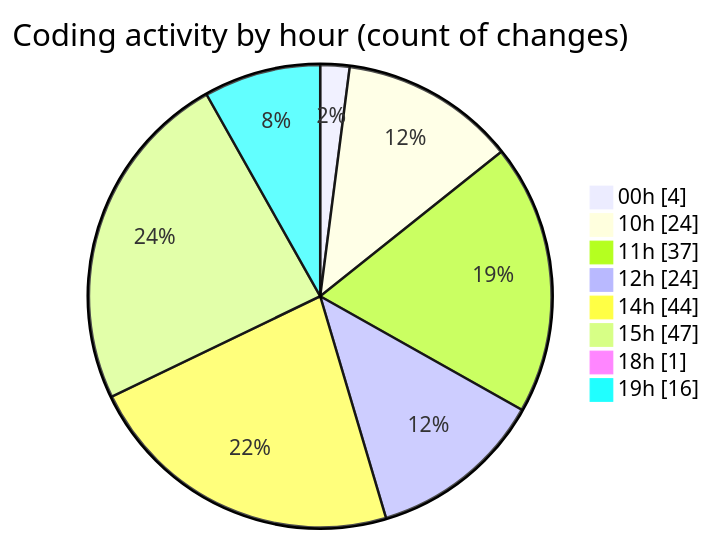
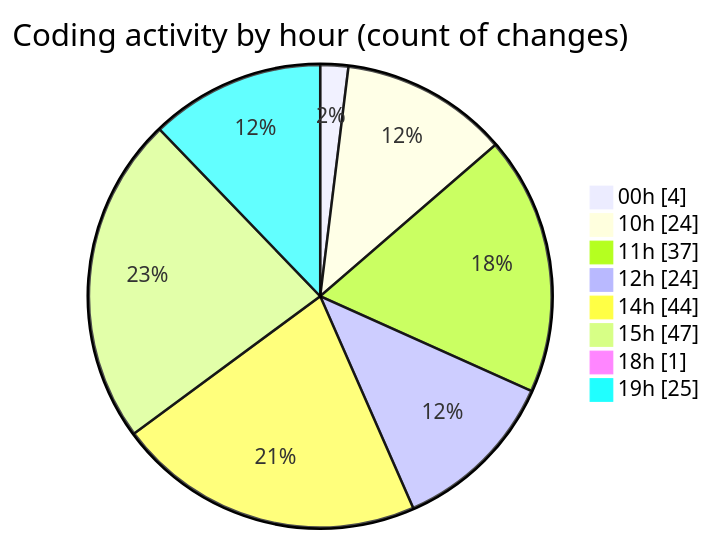
Before and after one commit to Netris89/code-tracking: the second of 2 diagrams in 2025-04-04/back-end/README.md, drawn with Mermaid. The commit also changed other lines of this file and 1 other file, not shown here.

````diff
--- a/2025-04-04/back-end/README.md
+++ b/2025-04-04/back-end/README.md
@@ -53,12 +53,12 @@
 ```mermaid
 pie showData
 title Coding activity by hour (count of changes)
 "00h" : 4
 "10h" : 24
 "11h" : 37
 "12h" : 24
 "14h" : 44
 "15h" : 47
 "18h" : 1
-"19h" : 16
+"19h" : 25
 ```
````
